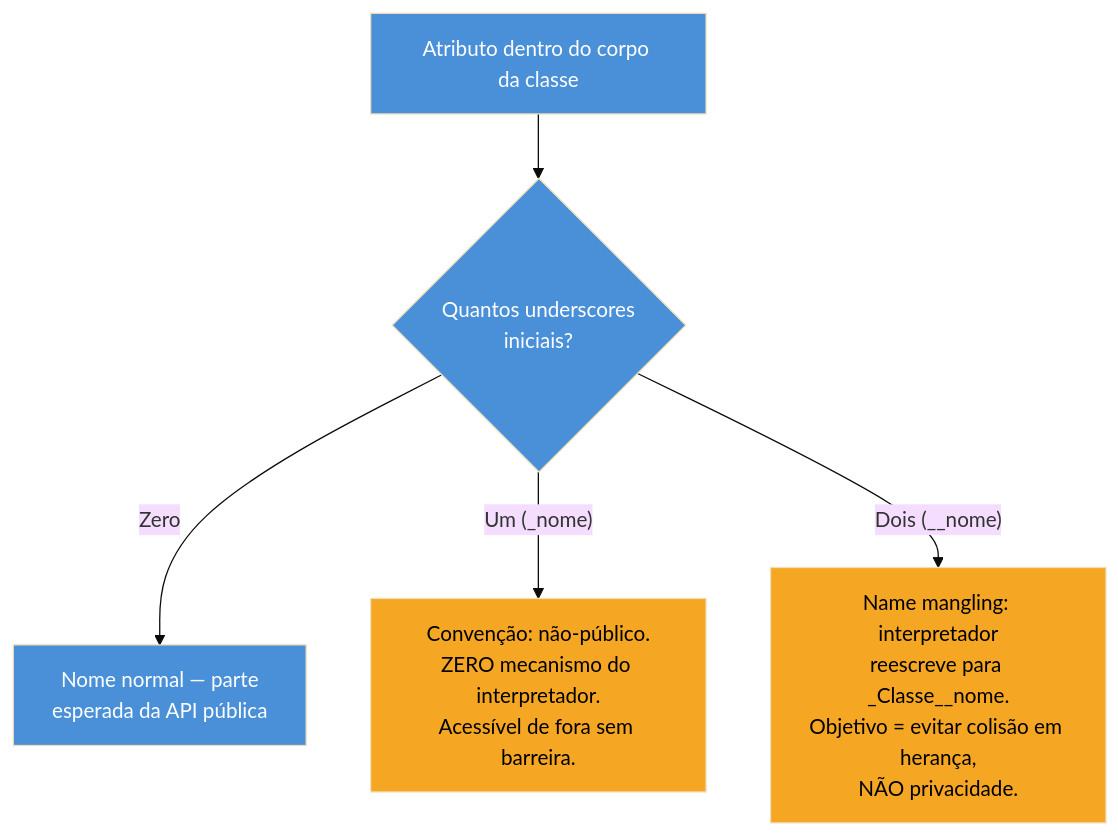
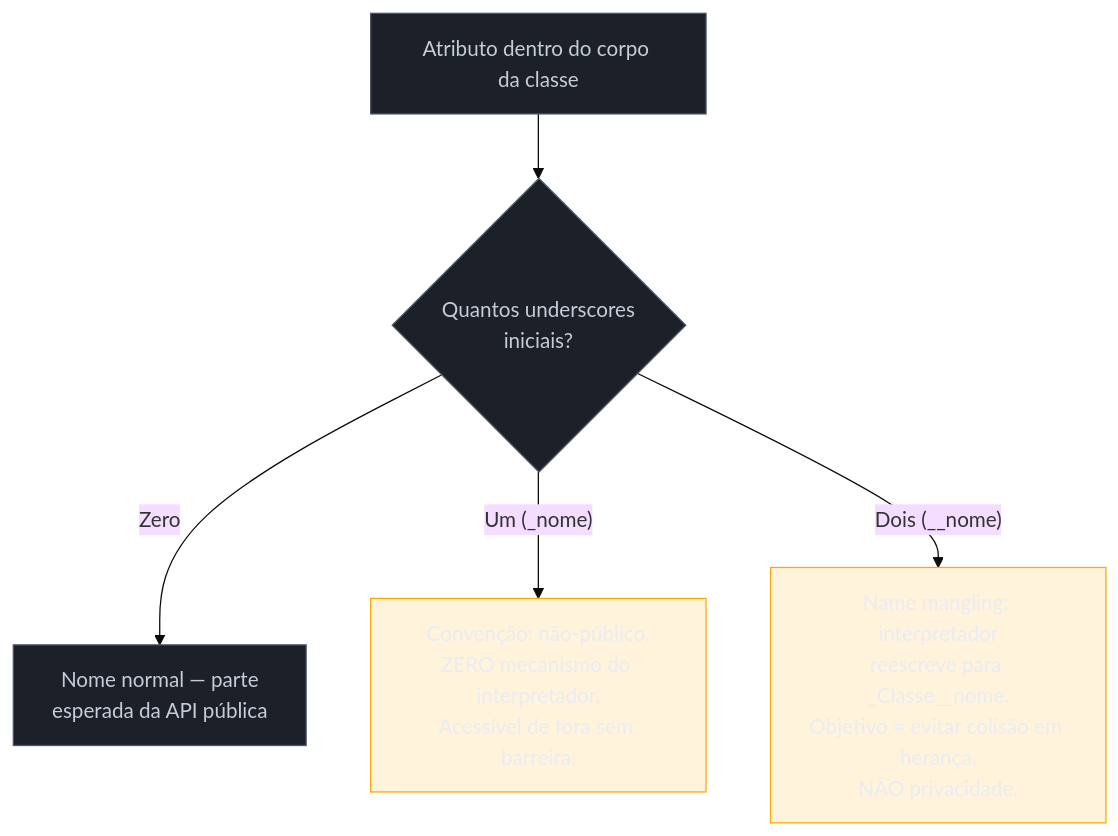
Before and after one commit to josenaldo/codex-technomanticus: the third of 3 diagrams in 03-Dominios/Tecnologia/Python/OO e Data Model/04 - Properties e encapsulamento.md, drawn with Mermaid (base theme). The commit also changed other lines of this file and 1181 other files, not shown here.

First line of the commit message:
fix(diagramas): paleta do sistema no lugar de cor cravada no markdown

````diff
--- a/03-Dominios/Tecnologia/Python/OO e Data Model/04 - Properties e encapsulamento.md
+++ b/03-Dominios/Tecnologia/Python/OO e Data Model/04 - Properties e encapsulamento.md
@@ -361,13 +365,15 @@
 ```mermaid
 flowchart TB
+    classDef neutro fill:#1B2029,stroke:#4E5666,color:#C6CCD8
+    classDef destaque fill:#FFAA0024,stroke:#FFAA00,color:#E9ECF2
     A["Atributo dentro do corpo da classe"] --> B{"Quantos underscores\niniciais?"}
     B -->|"Zero"| C["Nome normal — parte\nesperada da API pública"]
     B -->|"Um (_nome)"| D["Convenção: não-público.\nZERO mecanismo do interpretador.\nAcessível de fora sem barreira."]
     B -->|"Dois (__nome)"| E["Name mangling: interpretador\nreescreve para _Classe__nome.\nObjetivo = evitar colisão em herança,\nNÃO privacidade."]
 
-    style A fill:#4A90D9,color:#fff
-    style B fill:#4A90D9,color:#fff
-    style C fill:#4A90D9,color:#fff
-    style D fill:#F5A623,color:#000
-    style E fill:#F5A623,color:#000
+    class A neutro
+    class B neutro
+    class C neutro
+    class D destaque
+    class E destaque
 ```
````
